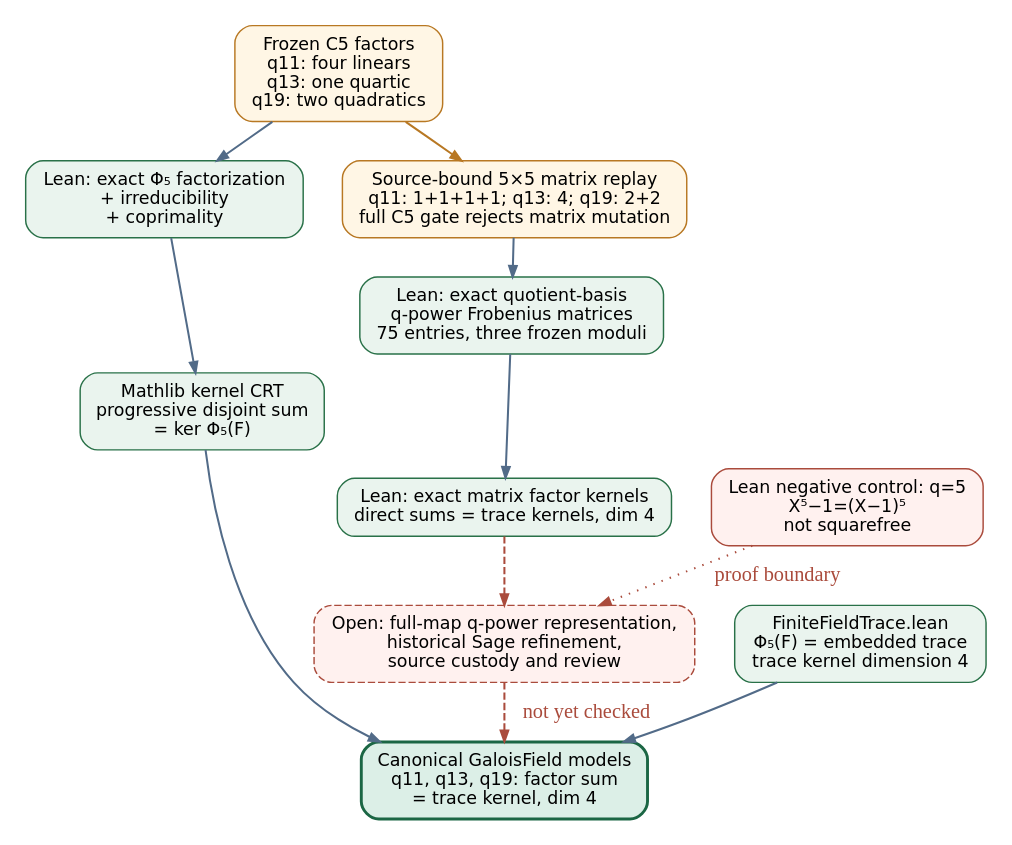
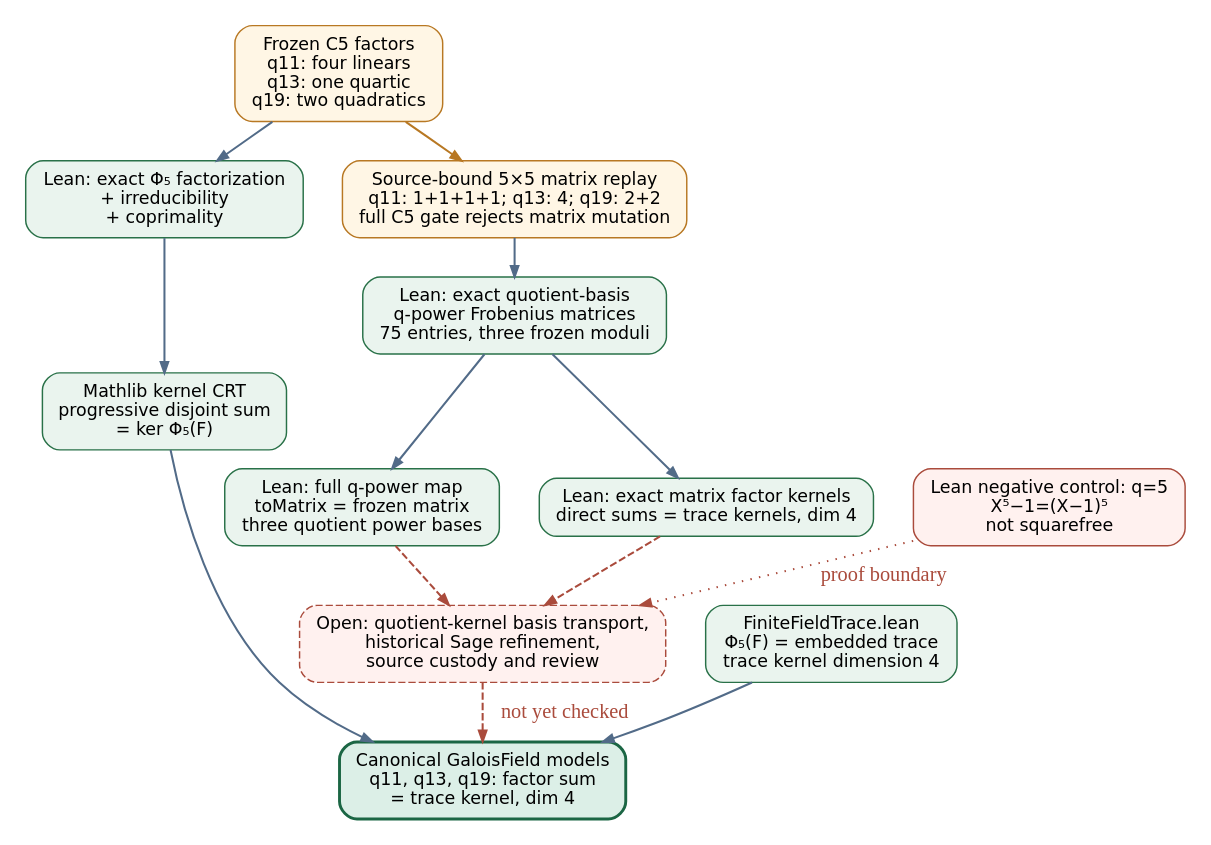
One commit to aburan28/crypto-autoresearcher changed the diagram in docs/reports/2026-10-22-frob-c5-factor-kernels/proof.dot. Above: the diagram before and after it, drawn with Graphviz. The commit also changed 11 other files, not shown here.

Commit message:
Track full Frobenius map proof and remaining C5 transport

```diff
--- a/docs/reports/2026-10-22-frob-c5-factor-kernels/proof.dot
+++ b/docs/reports/2026-10-22-frob-c5-factor-kernels/proof.dot
@@ -1,23 +1,26 @@
 digraph C5FactorProof {
   graph [rankdir=TB, bgcolor="white", fontname="DejaVu Sans", nodesep=0.38, ranksep=0.36, pad=0.14];
   node [shape=box, style="rounded,filled", fontname="DejaVu Sans", fontsize=12, color="#274c77", fillcolor="#edf5ff", margin="0.16,0.10"];
   edge [color="#526b88", arrowsize=0.75, penwidth=1.4];
   frozen [label="Frozen C5 factors\nq11: four linears\nq13: one quartic\nq19: two quadratics", fillcolor="#fff6e5", color="#b87823"];
   exact [label="Lean: exact Φ₅ factorization\n+ irreducibility\n+ coprimality", fillcolor="#eaf4ee", color="#297148"];
   crt [label="Mathlib kernel CRT\nprogressive disjoint sum\n= ker Φ₅(F)", fillcolor="#eaf4ee", color="#297148"];
   trace [label="FiniteFieldTrace.lean\nΦ₅(F) = embedded trace\ntrace kernel dimension 4", fillcolor="#eaf4ee", color="#297148"];
   result [label="Canonical GaloisField models\nq11, q13, q19: factor sum\n= trace kernel, dim 4", fillcolor="#dcefe7", color="#1b6644", penwidth=2];
   replay [label="Source-bound 5×5 matrix replay\nq11: 1+1+1+1; q13: 4; q19: 2+2\nfull C5 gate rejects matrix mutation", fillcolor="#fff6e5", color="#b87823"];
   quotient [label="Lean: exact quotient-basis\nq-power Frobenius matrices\n75 entries, three frozen moduli", fillcolor="#eaf4ee", color="#297148"];
+  fullmap [label="Lean: full q-power map\ntoMatrix = frozen matrix\nthree quotient power bases", fillcolor="#eaf4ee", color="#297148"];
   matrixkernel [label="Lean: exact matrix factor kernels\ndirect sums = trace kernels, dim 4", fillcolor="#eaf4ee", color="#297148"];
   char5 [label="Lean negative control: q=5\nX⁵−1=(X−1)⁵\nnot squarefree", fillcolor="#fff1ef", color="#aa4b3c"];
-  bridge [label="Open: full-map q-power representation,\nhistorical Sage refinement,\nsource custody and review", style="rounded,dashed,filled", fillcolor="#fff1ef", color="#aa4b3c"];
+  bridge [label="Open: quotient-kernel basis transport,\nhistorical Sage refinement,\nsource custody and review", style="rounded,dashed,filled", fillcolor="#fff1ef", color="#aa4b3c"];
   frozen -> exact -> crt -> result;
   trace -> result;
   frozen -> replay [color="#b87823"];
   replay -> quotient;
+  quotient -> fullmap;
   quotient -> matrixkernel;
+  fullmap -> bridge [style=dashed, color="#aa4b3c"];
   matrixkernel -> bridge [style=dashed, color="#aa4b3c"];
   char5 -> bridge [style=dotted, color="#aa4b3c", label="proof boundary", fontcolor="#aa4b3c"];
   bridge -> result [style=dashed, color="#aa4b3c", label="not yet checked", fontcolor="#aa4b3c"];
 }
```
